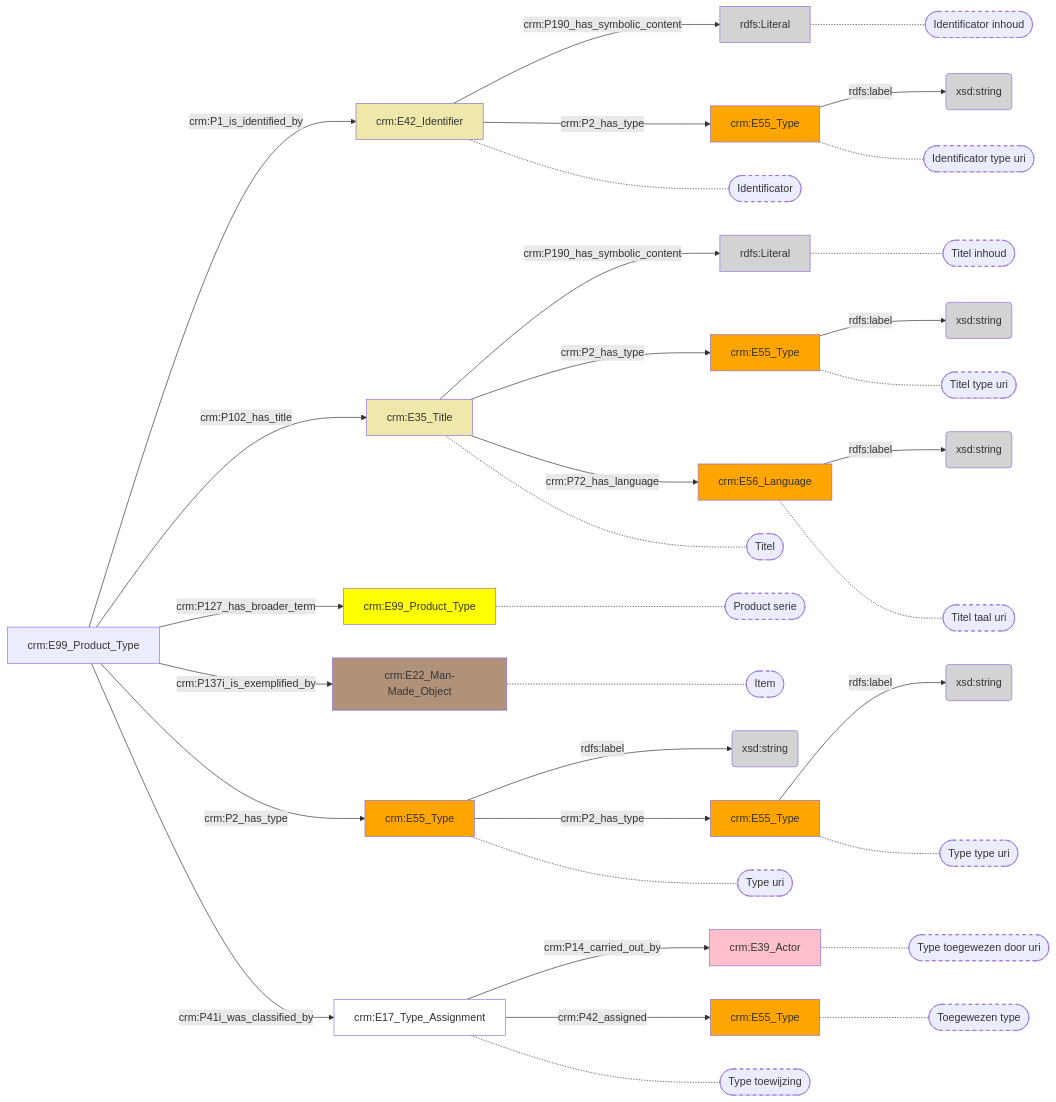
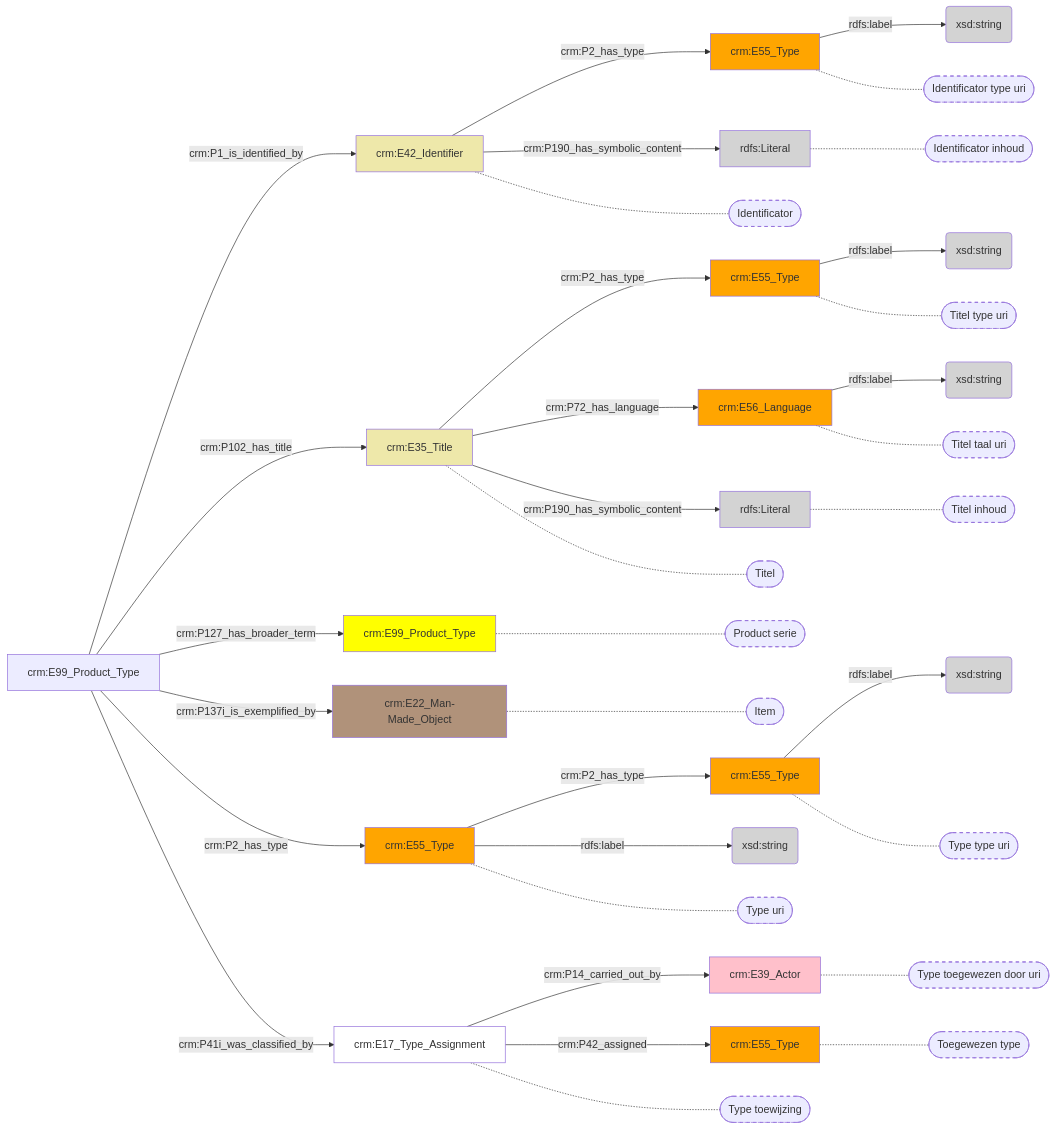
One commit to digipolisantwerpdocumentation/antwerp-cultureel-erfgoed changed the diagram in docs/content/modellen/ProductType/Identificatie.md. Above: the diagram before and after it, drawn with Mermaid. The commit also changed other lines of this file and 173 other files, not shown here.

````diff
--- a/docs/content/modellen/ProductType/Identificatie.md
+++ b/docs/content/modellen/ProductType/Identificatie.md
@@ -1,69 +1,69 @@
 ```mermaid
 graph LR
-908c5cfe-4728-11ee-974d-00163e71351b["crm:E55_Type"]-->|"rdfs:label"|908c621c-4728-11ee-974d-00163e71351b(xsd:string)
-908c60d2-4728-11ee-974d-00163e71351b["crm:E55_Type"]-->|"rdfs:label"|908c6316-4728-11ee-974d-00163e71351b(xsd:string)
-9d479c02-5230-11ee-a9ac-00163e71351b["crm:E35_Title"]-->|"crm:P190_has_symbolic_content"|9d47a116-5230-11ee-a9ac-00163e71351b(rdfs:Literal)
-9d479fd6-5230-11ee-a9ac-00163e71351b["crm:E55_Type"]-->|"rdfs:label"|9d47a3d2-5230-11ee-a9ac-00163e71351b(xsd:string)
-9d47a2f6-5230-11ee-a9ac-00163e71351b["crm:E56_Language"]-->|"rdfs:label"|9d47a210-5230-11ee-a9ac-00163e71351b(xsd:string)
-b015b84e-471a-11ee-974d-00163e71351b["crm:E42_Identifier"]-->|"crm:P190_has_symbolic_content"|b015bd80-471a-11ee-974d-00163e71351b(rdfs:Literal)
-b015be84-471a-11ee-974d-00163e71351b["crm:E55_Type"]-->|"rdfs:label"|b015bc40-471a-11ee-974d-00163e71351b(xsd:string)
 7892caec-471a-11ee-a9ac-00163e71351b["crm:E99_Product_Type"]-->|"crm:P1_is_identified_by"|b015b84e-471a-11ee-974d-00163e71351b["crm:E42_Identifier"]
 7892caec-471a-11ee-a9ac-00163e71351b["crm:E99_Product_Type"]-->|"crm:P102_has_title"|9d479c02-5230-11ee-a9ac-00163e71351b["crm:E35_Title"]
 7892caec-471a-11ee-a9ac-00163e71351b["crm:E99_Product_Type"]-->|"crm:P127_has_broader_term"|d1a3d1cc-5222-11ee-974d-00163e71351b["crm:E99_Product_Type"]
 7892caec-471a-11ee-a9ac-00163e71351b["crm:E99_Product_Type"]-->|"crm:P137i_is_exemplified_by"|9475fd4e-4727-11ee-b0c4-00163e71351b["crm:E22_Man-Made_Object"]
 7892caec-471a-11ee-a9ac-00163e71351b["crm:E99_Product_Type"]-->|"crm:P2_has_type"|908c5cfe-4728-11ee-974d-00163e71351b["crm:E55_Type"]
 7892caec-471a-11ee-a9ac-00163e71351b["crm:E99_Product_Type"]-->|"crm:P41i_was_classified_by"|928cfb24-521a-11ee-b0c4-00163e71351b["crm:E17_Type_Assignment"]
 908c5cfe-4728-11ee-974d-00163e71351b["crm:E55_Type"]-->|"crm:P2_has_type"|908c60d2-4728-11ee-974d-00163e71351b["crm:E55_Type"]
 928cfb24-521a-11ee-b0c4-00163e71351b["crm:E17_Type_Assignment"]-->|"crm:P14_carried_out_by"|3c3891a6-521b-11ee-974d-00163e71351b["crm:E39_Actor"]
 928cfb24-521a-11ee-b0c4-00163e71351b["crm:E17_Type_Assignment"]-->|"crm:P42_assigned"|1984c26a-521b-11ee-b0c4-00163e71351b["crm:E55_Type"]
 9d479c02-5230-11ee-a9ac-00163e71351b["crm:E35_Title"]-->|"crm:P2_has_type"|9d479fd6-5230-11ee-a9ac-00163e71351b["crm:E55_Type"]
 9d479c02-5230-11ee-a9ac-00163e71351b["crm:E35_Title"]-->|"crm:P72_has_language"|9d47a2f6-5230-11ee-a9ac-00163e71351b["crm:E56_Language"]
 b015b84e-471a-11ee-974d-00163e71351b["crm:E42_Identifier"]-->|"crm:P2_has_type"|b015be84-471a-11ee-974d-00163e71351b["crm:E55_Type"]
+908c5cfe-4728-11ee-974d-00163e71351b["crm:E55_Type"]-->|"rdfs:label"|908c621c-4728-11ee-974d-00163e71351b(xsd:string)
+908c60d2-4728-11ee-974d-00163e71351b["crm:E55_Type"]-->|"rdfs:label"|908c6316-4728-11ee-974d-00163e71351b(xsd:string)
+9d479c02-5230-11ee-a9ac-00163e71351b["crm:E35_Title"]-->|"crm:P190_has_symbolic_content"|9d47a116-5230-11ee-a9ac-00163e71351b(rdfs:Literal)
+9d479fd6-5230-11ee-a9ac-00163e71351b["crm:E55_Type"]-->|"rdfs:label"|9d47a3d2-5230-11ee-a9ac-00163e71351b(xsd:string)
+9d47a2f6-5230-11ee-a9ac-00163e71351b["crm:E56_Language"]-->|"rdfs:label"|9d47a210-5230-11ee-a9ac-00163e71351b(xsd:string)
+b015b84e-471a-11ee-974d-00163e71351b["crm:E42_Identifier"]-->|"crm:P190_has_symbolic_content"|b015bd80-471a-11ee-974d-00163e71351b(rdfs:Literal)
+b015be84-471a-11ee-974d-00163e71351b["crm:E55_Type"]-->|"rdfs:label"|b015bc40-471a-11ee-974d-00163e71351b(xsd:string)
 style b015b84e-471a-11ee-974d-00163e71351b_s stroke-dasharray: 5
 style 9d479c02-5230-11ee-a9ac-00163e71351b_s stroke-dasharray: 5
 style d1a3d1cc-5222-11ee-974d-00163e71351b_s stroke-dasharray: 5
 style 9475fd4e-4727-11ee-b0c4-00163e71351b_s stroke-dasharray: 5
 style 908c5cfe-4728-11ee-974d-00163e71351b_s stroke-dasharray: 5
 style 928cfb24-521a-11ee-b0c4-00163e71351b_s stroke-dasharray: 5
 style 908c60d2-4728-11ee-974d-00163e71351b_s stroke-dasharray: 5
 style 3c3891a6-521b-11ee-974d-00163e71351b_s stroke-dasharray: 5
 style 1984c26a-521b-11ee-b0c4-00163e71351b_s stroke-dasharray: 5
 style 9d47a116-5230-11ee-a9ac-00163e71351b_s stroke-dasharray: 5
 style 9d479fd6-5230-11ee-a9ac-00163e71351b_s stroke-dasharray: 5
 style 9d47a2f6-5230-11ee-a9ac-00163e71351b_s stroke-dasharray: 5
 style b015bd80-471a-11ee-974d-00163e71351b_s stroke-dasharray: 5
 style b015be84-471a-11ee-974d-00163e71351b_s stroke-dasharray: 5
 b015b84e-471a-11ee-974d-00163e71351b["crm:E42_Identifier"]-.-b015b84e-471a-11ee-974d-00163e71351b_s(["Identificator"])
 9d479c02-5230-11ee-a9ac-00163e71351b["crm:E35_Title"]-.-9d479c02-5230-11ee-a9ac-00163e71351b_s(["Titel"])
 d1a3d1cc-5222-11ee-974d-00163e71351b["crm:E99_Product_Type"]-.-d1a3d1cc-5222-11ee-974d-00163e71351b_s(["Product serie"])
 9475fd4e-4727-11ee-b0c4-00163e71351b["crm:E22_Man-Made_Object"]-.-9475fd4e-4727-11ee-b0c4-00163e71351b_s(["Item"])
 908c5cfe-4728-11ee-974d-00163e71351b["crm:E55_Type"]-.-908c5cfe-4728-11ee-974d-00163e71351b_s(["Type uri"])
 928cfb24-521a-11ee-b0c4-00163e71351b["crm:E17_Type_Assignment"]-.-928cfb24-521a-11ee-b0c4-00163e71351b_s(["Type toewijzing"])
 908c60d2-4728-11ee-974d-00163e71351b["crm:E55_Type"]-.-908c60d2-4728-11ee-974d-00163e71351b_s(["Type type uri"])
 3c3891a6-521b-11ee-974d-00163e71351b["crm:E39_Actor"]-.-3c3891a6-521b-11ee-974d-00163e71351b_s(["Type toegewezen door uri"])
 1984c26a-521b-11ee-b0c4-00163e71351b["crm:E55_Type"]-.-1984c26a-521b-11ee-b0c4-00163e71351b_s(["Toegewezen type"])
 9d47a116-5230-11ee-a9ac-00163e71351b["rdfs:Literal"]-.-9d47a116-5230-11ee-a9ac-00163e71351b_s(["Titel inhoud"])
 9d479fd6-5230-11ee-a9ac-00163e71351b["crm:E55_Type"]-.-9d479fd6-5230-11ee-a9ac-00163e71351b_s(["Titel type uri"])
 9d47a2f6-5230-11ee-a9ac-00163e71351b["crm:E56_Language"]-.-9d47a2f6-5230-11ee-a9ac-00163e71351b_s(["Titel taal uri"])
 b015bd80-471a-11ee-974d-00163e71351b["rdfs:Literal"]-.-b015bd80-471a-11ee-974d-00163e71351b_s(["Identificator inhoud"])
 b015be84-471a-11ee-974d-00163e71351b["crm:E55_Type"]-.-b015be84-471a-11ee-974d-00163e71351b_s(["Identificator type uri"])
 style 1984c26a-521b-11ee-b0c4-00163e71351b fill:#ffa500
 style 3c3891a6-521b-11ee-974d-00163e71351b fill:#ffc0cb
 style 908c5cfe-4728-11ee-974d-00163e71351b fill:#ffa500
 style 908c60d2-4728-11ee-974d-00163e71351b fill:#ffa500
 style 908c621c-4728-11ee-974d-00163e71351b fill:#D3D3D3
 style 908c6316-4728-11ee-974d-00163e71351b fill:#D3D3D3
 style 928cfb24-521a-11ee-b0c4-00163e71351b fill:#ffffff
 style 9475fd4e-4727-11ee-b0c4-00163e71351b fill:#B0927A
 style 9d479c02-5230-11ee-a9ac-00163e71351b fill:#EEE8AA
 style 9d479fd6-5230-11ee-a9ac-00163e71351b fill:#ffa500
 style 9d47a116-5230-11ee-a9ac-00163e71351b fill:#D3D3D3
 style 9d47a210-5230-11ee-a9ac-00163e71351b fill:#D3D3D3
 style 9d47a2f6-5230-11ee-a9ac-00163e71351b fill:#ffa500
 style 9d47a3d2-5230-11ee-a9ac-00163e71351b fill:#D3D3D3
 style b015b84e-471a-11ee-974d-00163e71351b fill:#EEE8AA
 style b015bc40-471a-11ee-974d-00163e71351b fill:#D3D3D3
 style b015bd80-471a-11ee-974d-00163e71351b fill:#D3D3D3
 style b015be84-471a-11ee-974d-00163e71351b fill:#ffa500
 style d1a3d1cc-5222-11ee-974d-00163e71351b fill:#ffff00
 ```
````
